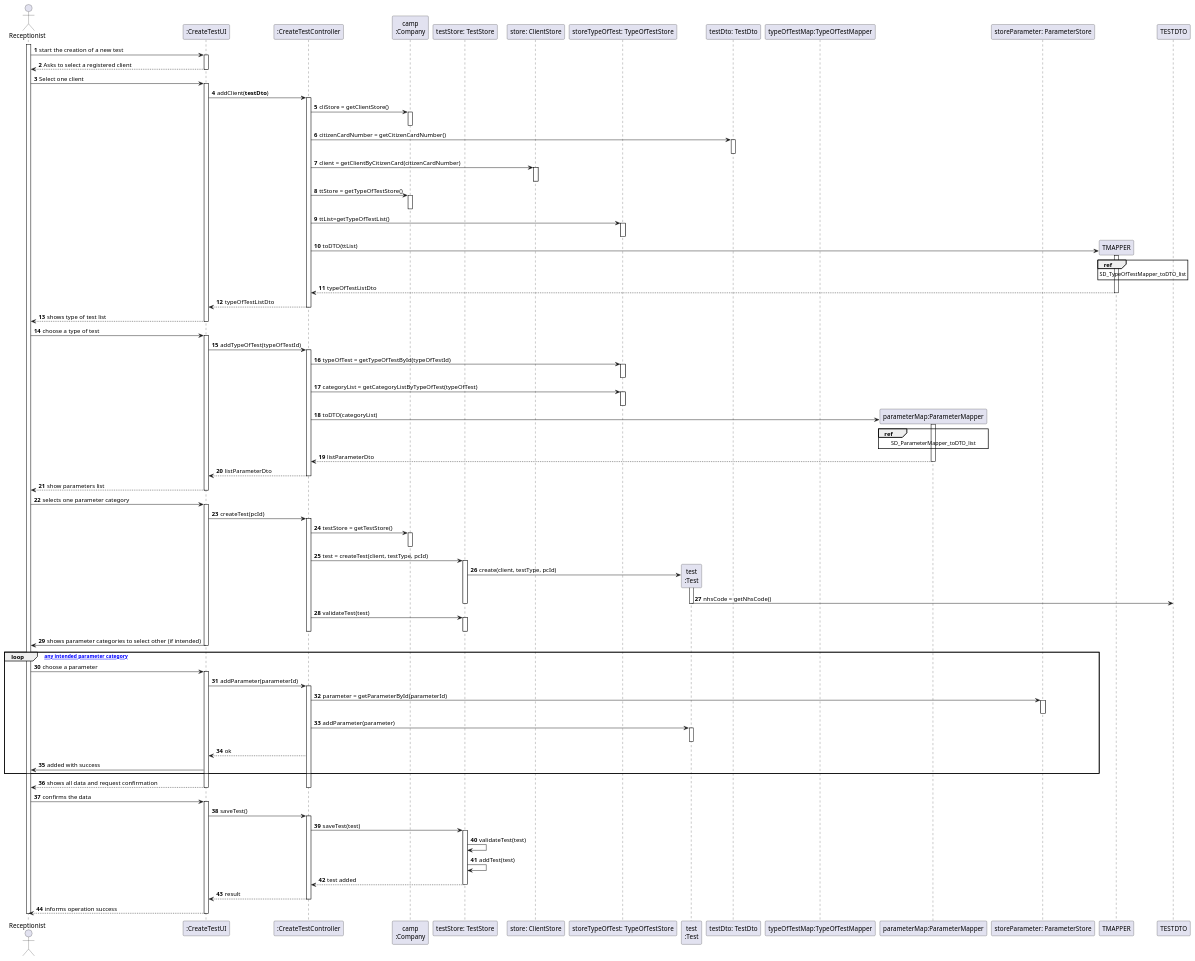
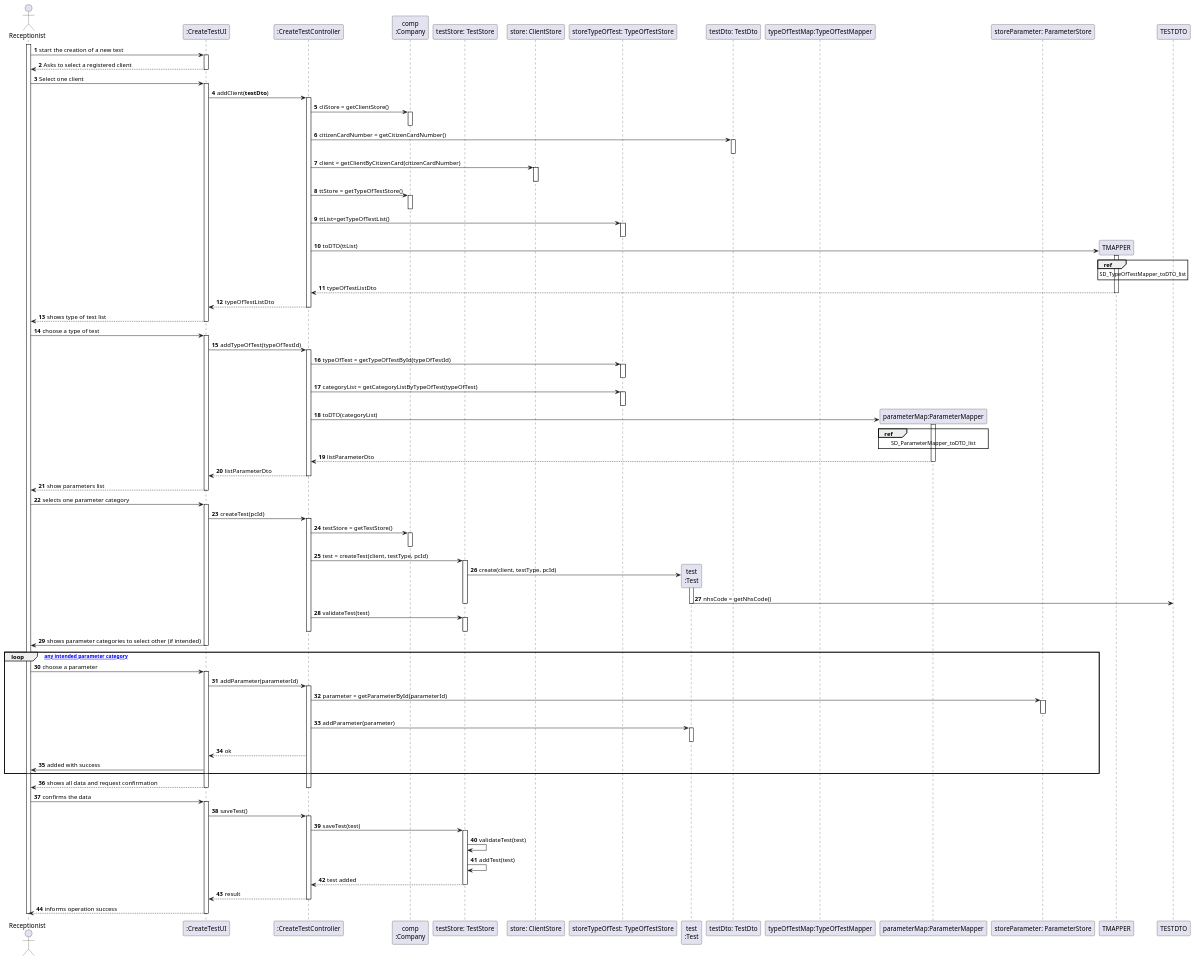
One commit to GuilhermeCunha79/lapr2 changed the diagram in docs/SprintC/US4/UC4_SD.puml. Above: the diagram before and after it, drawn with PlantUML. The commit also changed 4 other files, not shown here.

```diff
--- a/docs/SprintC/US4/UC4_SD.puml
+++ b/docs/SprintC/US4/UC4_SD.puml
@@ -1,171 +1,171 @@
 @startuml
 autonumber
 actor "Receptionist" as REC
 
 participant ":CreateTestUI" as UI
 participant ":CreateTestController" as CTRL
-participant "camp\n:Company" as COMP
+participant "comp\n:Company" as COMP
 
 participant "testStore: TestStore" as TSTORE
 
 participant "store: ClientStore" as CSTORE
 
 participant "storeTypeOfTest: TypeOfTestStore" as TTSTORE
 
 participant "test\n:Test" as TEST
 participant "testDto: TestDto" as TDTO
 participant "typeOfTestMap:TypeOfTestMapper" as TTMAPPER
 
 participant "parameterMap:ParameterMapper" as PMAPPER
 participant "storeParameter: ParameterStore" as PSTORE
 
 
 activate REC
 REC -> UI : start the creation of a new test
 activate UI
 UI --> REC : Asks to select a registered client
 deactivate UI
 REC -> UI : Select one client
 activate UI
 UI -> CTRL : addClient(**testDto**)
 activate CTRL
 
 CTRL -> COMP : cliStore = getClientStore()
 activate COMP
 deactivate COMP
 CTRL -> TDTO : citizenCardNumber = getCitizenCardNumber()
 activate TDTO
 deactivate TDTO
 CTRL -> CSTORE : client = getClientByCitizenCard(citizenCardNumber)
 activate CSTORE
 deactivate CSTORE
 
 
 CTRL -> COMP : ttStore = getTypeOfTestStore()
 activate COMP
 deactivate COMP
 
 deactivate TSTORE
 deactivate TEST
 
 
 CTRL -> TTSTORE : ttList=getTypeOfTestList()
 activate TTSTORE
 deactivate TTSTORE
 CTRL -> TMAPPER** : toDTO(ttList)
 
 activate TMAPPER
 ref over TMAPPER
   SD_TypeOfTestMapper_toDTO_list
 end ref
 
 
 TMAPPER --> CTRL : typeOfTestListDto
 deactivate TMAPPER
 CTRL --> UI : typeOfTestListDto
 deactivate CTRL
 deactivate CSTORE
 UI --> REC: shows type of test list
 deactivate CTRL
 deactivate UI
 
 REC -> UI : choose a type of test
 activate UI
 
 UI -> CTRL : addTypeOfTest(typeOfTestId)
 activate CTRL
 CTRL -> TTSTORE : typeOfTest = getTypeOfTestById(typeOfTestId)
 activate TTSTORE
 deactivate TTSTORE
 
 deactivate TSTORE
 deactivate TEST
 
 CTRL -> TTSTORE : categoryList = getCategoryListByTypeOfTest(typeOfTest)
 
 activate TTSTORE
 deactivate TTSTORE
 
 CTRL -> PMAPPER** : toDTO(categoryList)
 activate PMAPPER
 
 ref over PMAPPER
   SD_ParameterMapper_toDTO_list
 end ref
 
 
 PMAPPER --> CTRL : listParameterDto
 deactivate PMAPPER
 CTRL --> UI : listParameterDto
 deactivate CTRL
 UI --> REC : show parameters list
 deactivate UI
 
 REC -> UI :  selects one parameter category
 activate UI
 UI -> CTRL : createTest(pcId)
 activate CTRL
 CTRL -> COMP : testStore = getTestStore()
 activate COMP
 deactivate COMP
 
 CTRL -> TSTORE : test = createTest(client, testType, pcId)
 
 activate TSTORE
   TSTORE -> TEST** : create(client, testType, pcId)
   activate TEST
   TEST -> TESTDTO : nhsCode = getNhsCode()
 deactivate TEST
 
 deactivate TSTORE
   CTRL -> TSTORE : validateTest(test)
 activate TSTORE
 deactivate TSTORE
 deactivate CTRL
 UI -> REC : shows parameter categories to select other (if intended)
 deactivate UI
 
 loop [for any intended parameter category]
 
   REC -> UI : choose a parameter
   activate UI
   UI -> CTRL : addParameter(parameterId)
   activate CTRL
   CTRL -> PSTORE : parameter = getParameterById(parameterId)
   activate PSTORE
   deactivate PSTORE
     CTRL -> TEST : addParameter(parameter)
     activate TEST
     deactivate TEST
 
   CTRL --> UI : ok
   UI -> REC : added with success
 
 end
 
 UI --> REC : shows all data and request confirmation
 deactivate UI
 deactivate CTRL
   REC -> UI : confirms the data
 activate UI
   UI -> CTRL : saveTest()
 activate CTRL
 
 
   CTRL -> TSTORE : saveTest(test)
   activate TSTORE
   TSTORE -> TSTORE : validateTest(test)
   TSTORE -> TSTORE : addTest(test)
 
   TSTORE --> CTRL : test added
 
 deactivate TSTORE
   CTRL --> UI: result
 deactivate CTRL
 
 UI --> REC : informs operation success
 deactivate COMP
 deactivate CTRL
 deactivate UI
 deactivate REC
 @enduml
```
